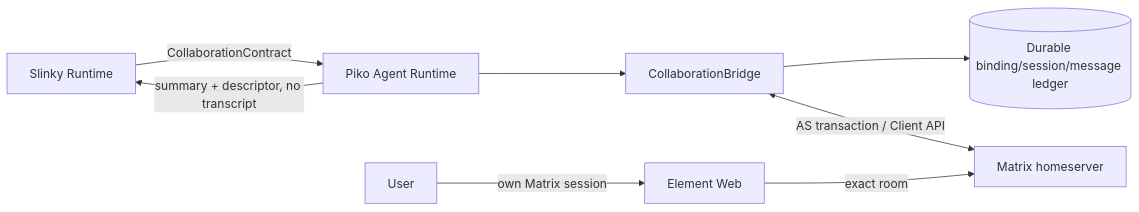
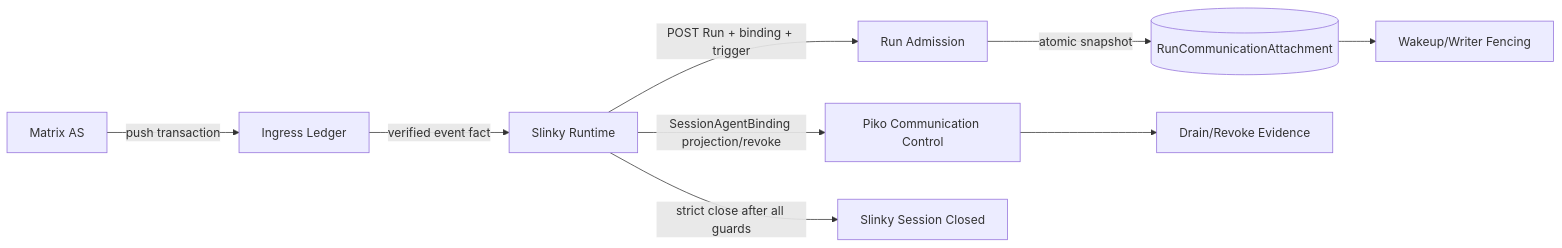
One commit to corezilla/piko changed the first of 2 diagrams in docs/20_system_design/mechanisms/piko-collaboration-bridge-design-v0.3.md. Above: the diagram before and after it, drawn with Mermaid. The commit also changed other lines of this file and 23 other files, not shown here.

Commit message:
docs: finalize piko v0.3 cross-system contract

````diff
--- a/docs/20_system_design/mechanisms/piko-collaboration-bridge-design-v0.3.md
+++ b/docs/20_system_design/mechanisms/piko-collaboration-bridge-design-v0.3.md
@@ -139,10 +38,11 @@
 ```mermaid
 flowchart LR
-    S[Slinky Runtime] -->|CollaborationContract| P[Piko Agent Runtime]
-    P --> B[CollaborationBridge]
-    B --> D[(Durable binding/session/message ledger)]
-    B <-->|AS transaction / Client API| M[Matrix homeserver]
-    U[User] -->|own Matrix session| E[Element Web]
-    E -->|exact room| M
-    P -->|summary + descriptor, no transcript| S
+  S[Slinky Runtime] -->|SessionAgentBinding projection/revoke| C[Piko Communication Control]
+  M[Matrix AS] -->|push transaction| I[Ingress Ledger]
+  I -->|verified event fact| S
+  S -->|POST Run + binding + trigger| A[Run Admission]
+  A -->|atomic snapshot| R[(RunCommunicationAttachment)]
+  R --> F[Wakeup/Writer Fencing]
+  C --> D[Drain/Revoke Evidence]
+  S -->|strict close after all guards| X[Slinky Session Closed]
 ```
````
